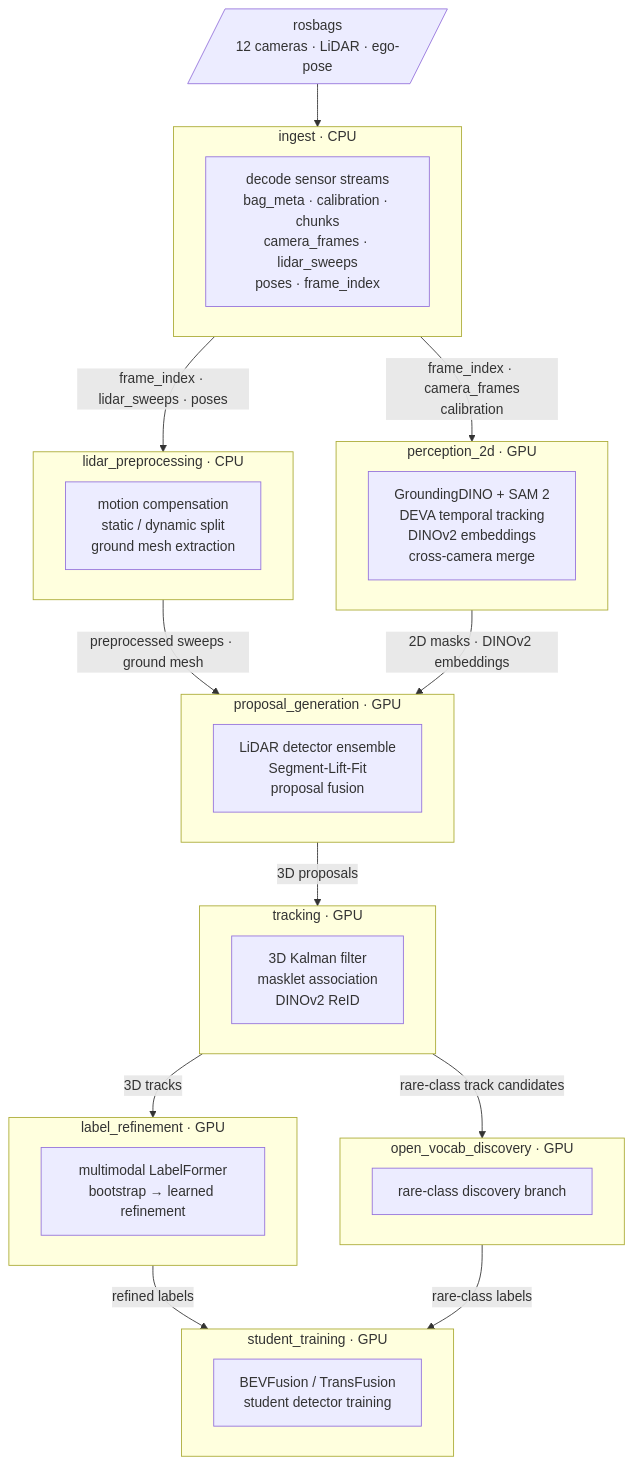
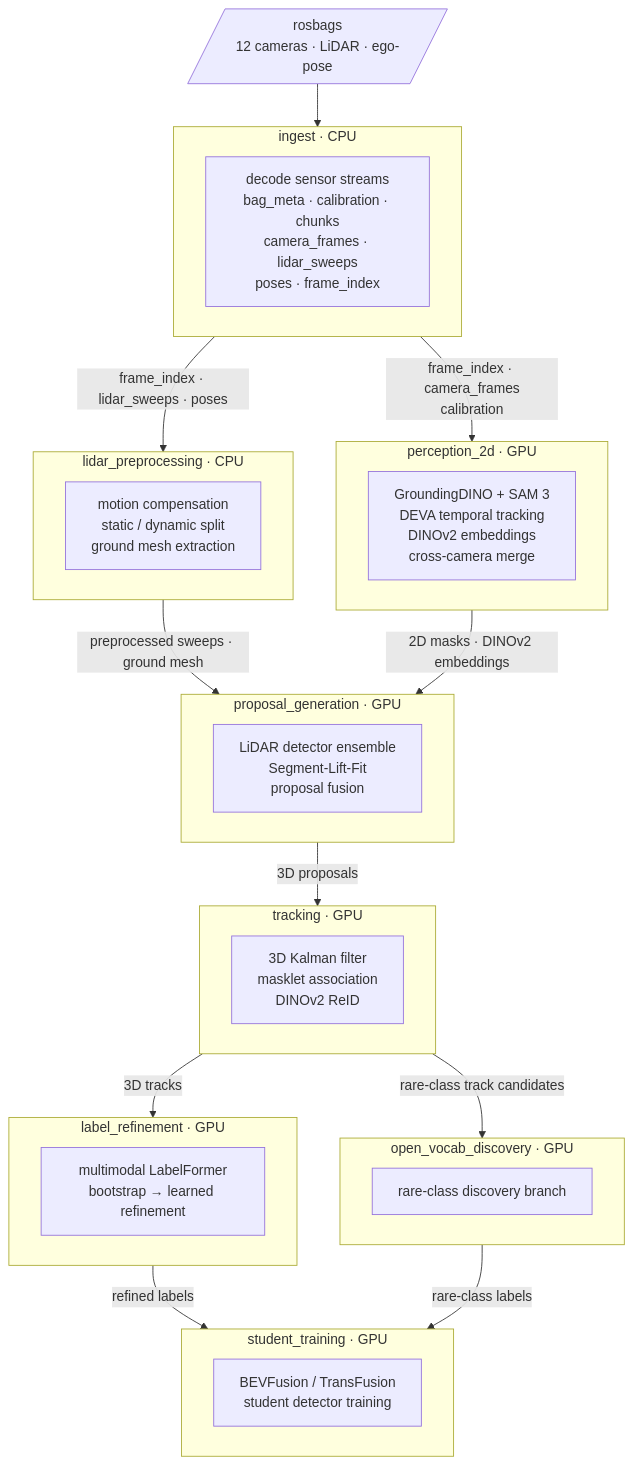
One commit to WATonomous/wato_world changed the diagram in README.md. Above: the diagram before and after it, drawn with Mermaid. The commit also changed other lines of this file and 16 other files, not shown here.

````diff
--- a/README.md
+++ b/README.md
@@ -9,47 +9,47 @@
 ```mermaid
 flowchart TD
     BAG[/"rosbags\n12 cameras · LiDAR · ego-pose"/]
 
     subgraph ingest["ingest  ·  CPU"]
         I["decode sensor streams\nbag_meta · calibration · chunks\ncamera_frames · lidar_sweeps\nposes · frame_index"]
     end
 
     subgraph lidar_prep["lidar_preprocessing  ·  CPU"]
         LP["motion compensation\nstatic / dynamic split\nground mesh extraction"]
     end
 
     subgraph perception_2d["perception_2d  ·  GPU"]
-        P2["GroundingDINO + SAM 2\nDEVA temporal tracking\nDINOv2 embeddings\ncross-camera merge"]
+        P2["GroundingDINO + SAM 3\nDEVA temporal tracking\nDINOv2 embeddings\ncross-camera merge"]
     end
 
     subgraph proposal_gen["proposal_generation  ·  GPU"]
         PG["LiDAR detector ensemble\nSegment-Lift-Fit\nproposal fusion"]
     end
 
     subgraph tracking["tracking  ·  GPU"]
         TR["3D Kalman filter\nmasklet association\nDINOv2 ReID"]
     end
 
     subgraph label_ref["label_refinement  ·  GPU"]
         LR["multimodal LabelFormer\nbootstrap → learned refinement"]
     end
 
     subgraph ovd["open_vocab_discovery  ·  GPU"]
         OV["rare-class discovery branch"]
     end
 
     subgraph student["student_training  ·  GPU"]
         ST["BEVFusion / TransFusion\nstudent detector training"]
     end
 
     BAG --> ingest
     ingest -- "frame_index · camera_frames\ncalibration" --> perception_2d
     ingest -- "frame_index · lidar_sweeps · poses" --> lidar_prep
     lidar_prep -- "preprocessed sweeps · ground mesh" --> proposal_gen
     perception_2d -- "2D masks · DINOv2 embeddings" --> proposal_gen
     proposal_gen -- "3D proposals" --> tracking
     tracking -- "3D tracks" --> label_ref
     tracking -- "rare-class track candidates" --> ovd
     label_ref -- "refined labels" --> student
     ovd -- "rare-class labels" --> student
 ```
````
